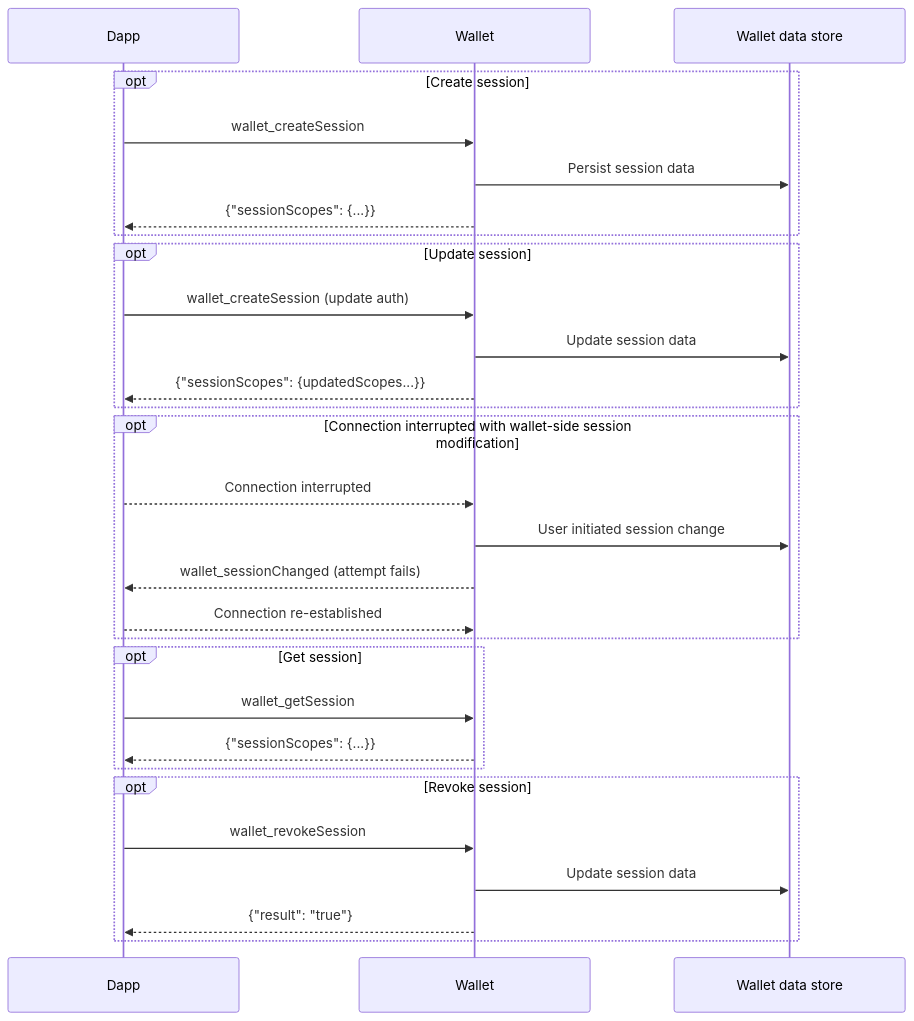
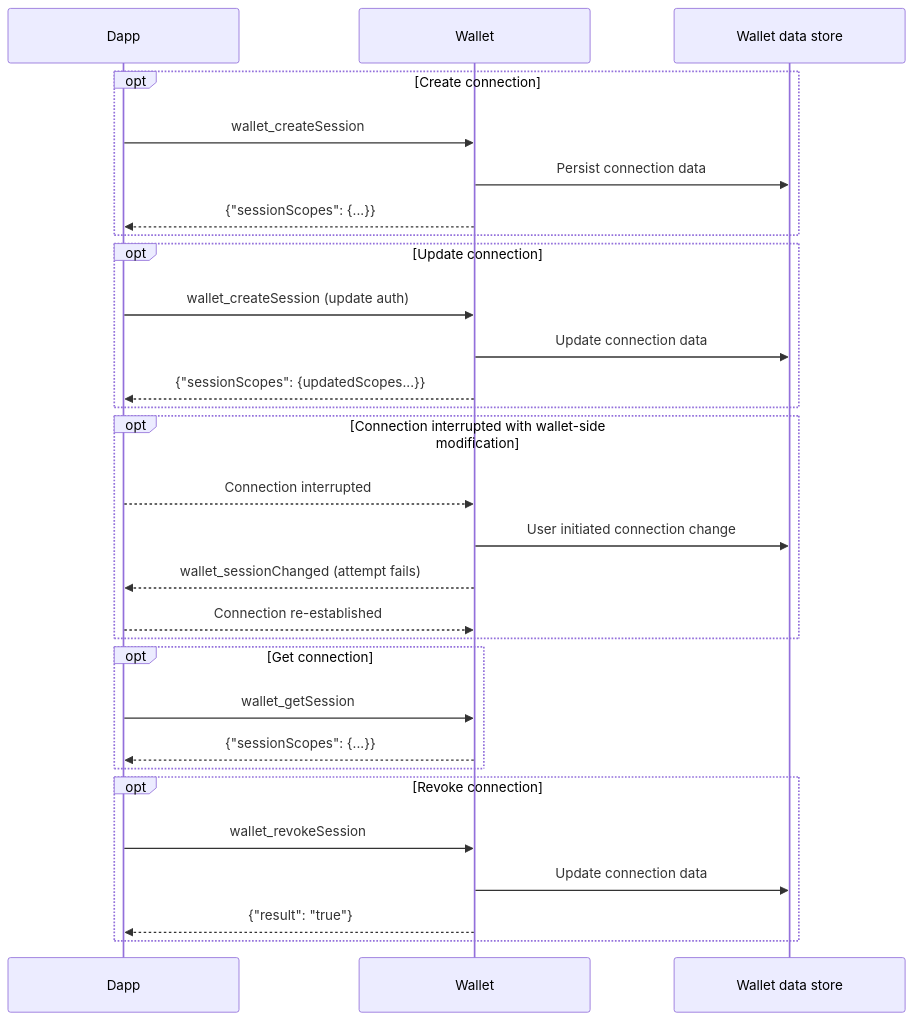
Before and after one commit to MetaMask/metamask-docs: the diagram in wallet/concepts/multichain-api.md, drawn with Mermaid. The commit also changed other lines of this file and 2 other files, not shown here.

Commit message:
address reviewer feedback

````diff
--- a/wallet/concepts/multichain-api.md
+++ b/wallet/concepts/multichain-api.md
@@ -57,45 +58,45 @@
 ```mermaid
 %%{
   init: {
     'sequence': {
       'actorMargin': 100,
       'width': 275
     }
   }
 }%%
 
 sequenceDiagram
   participant Dapp
   participant Wallet
   participant WalletDataStore as Wallet data store
   
-  opt Create session
+  opt Create connection
   Dapp->>Wallet: wallet_createSession
-  Wallet->>WalletDataStore: Persist session data
+  Wallet->>WalletDataStore: Persist connection data
   Wallet-->>Dapp: {"sessionScopes": {...}}
   end
   
-  opt Update session
+  opt Update connection
   Dapp->>Wallet: wallet_createSession (update auth)
-  Wallet->>WalletDataStore: Update session data
+  Wallet->>WalletDataStore: Update connection data
   Wallet-->>Dapp: {"sessionScopes": {updatedScopes...}}
   end
   
-  opt Connection interrupted with wallet-side session modification
+  opt Connection interrupted with wallet-side modification
   Dapp-->>Wallet: Connection interrupted
-  Wallet->>WalletDataStore: User initiated session change
+  Wallet->>WalletDataStore: User initiated connection change
   Wallet-->>Dapp: wallet_sessionChanged (attempt fails)
   Dapp-->>Wallet: Connection re-established
   end
   
-  opt Get session
+  opt Get connection
   Dapp->>Wallet: wallet_getSession
   Wallet-->>Dapp: {"sessionScopes": {...}}
   end
 
-  opt Revoke session
+  opt Revoke connection
   Dapp->>Wallet: wallet_revokeSession
-  Wallet->>WalletDataStore: Update session data
+  Wallet->>WalletDataStore: Update connection data
   Wallet-->>Dapp: {"result": "true"}
   end
 ```
````
